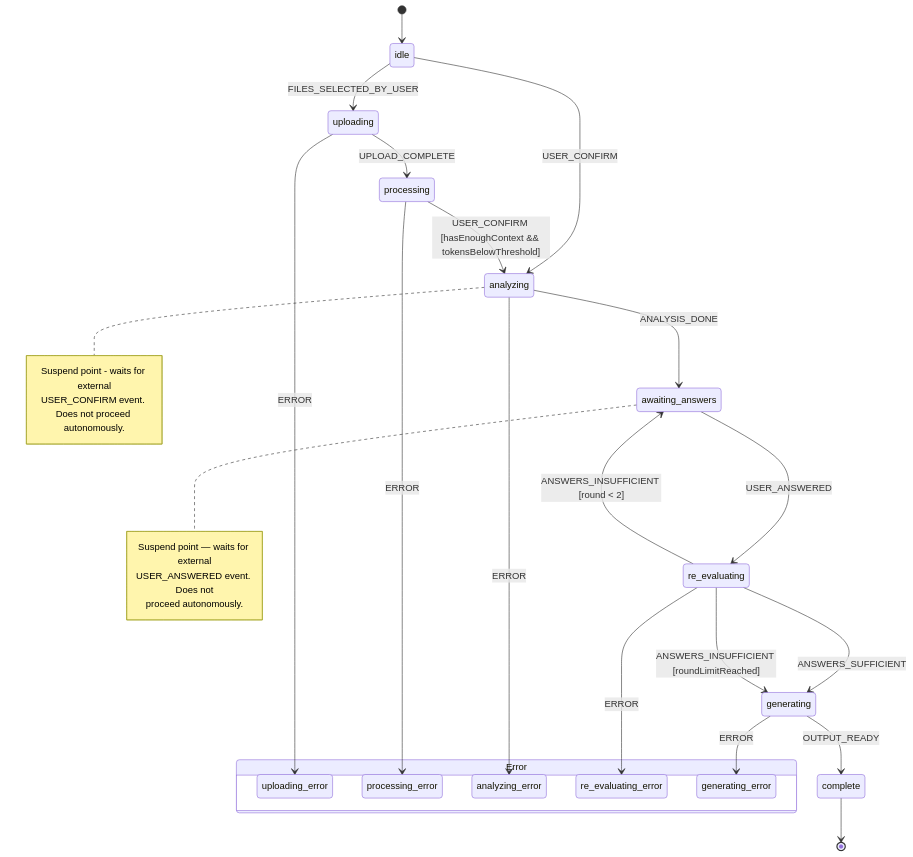
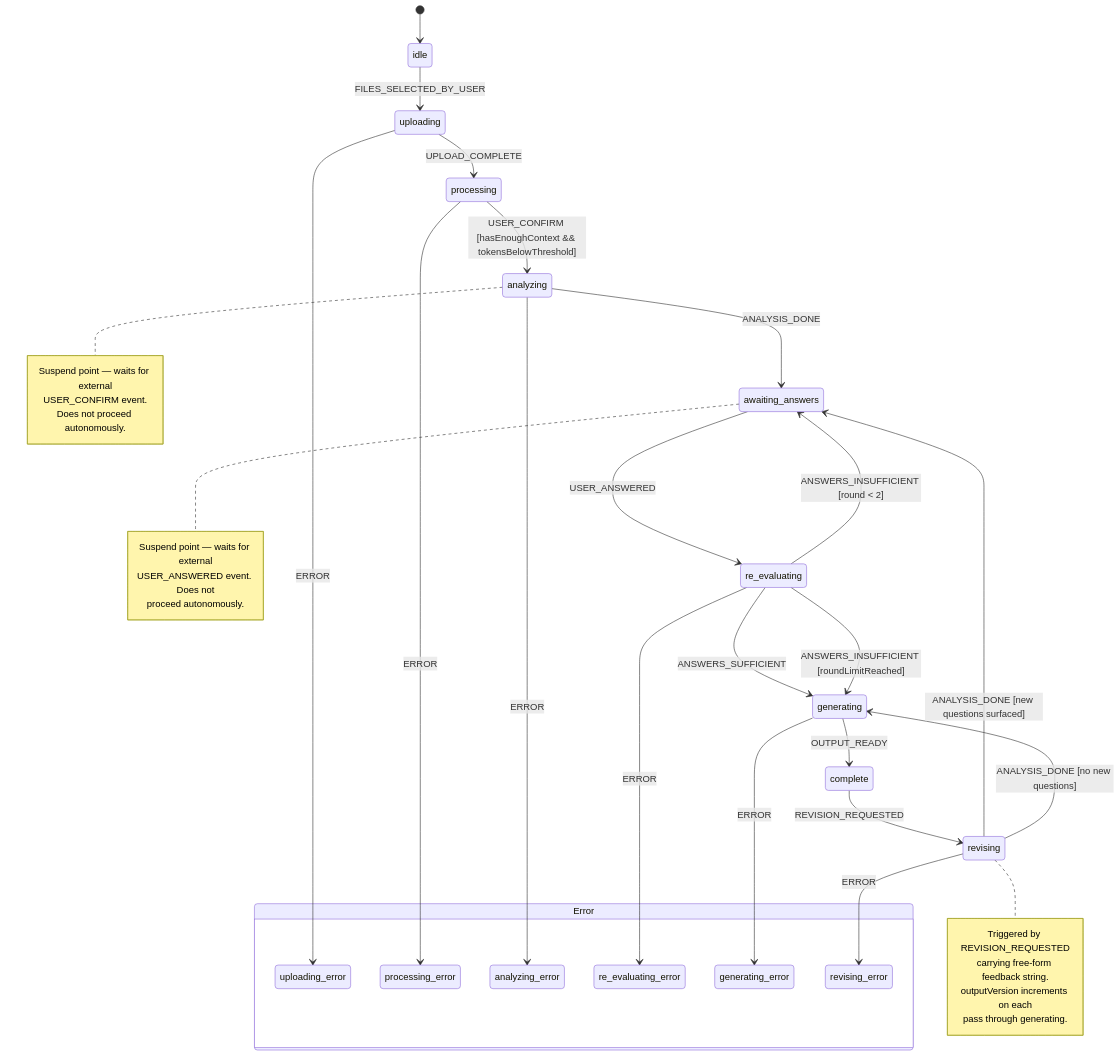
One commit to piotr-m-jurek/shipwright changed the diagram in README.md. Above: the diagram before and after it, drawn with Mermaid. The commit also changed other lines of this file and 4 other files, not shown here.

First line of the commit message:
close phase 1 gate: update state diagram, fix pdf parser, expand corpus to 5 files

````diff
--- a/README.md
+++ b/README.md
@@ -39,40 +35,50 @@
 ```mermaid
 stateDiagram-v2
     [*] --> idle
     idle --> uploading: FILES_SELECTED_BY_USER
-    idle --> analyzing: USER_CONFIRM
     uploading --> processing: UPLOAD_COMPLETE
     uploading --> uploading_error: ERROR
     processing --> analyzing: USER_CONFIRM [hasEnoughContext && tokensBelowThreshold]
     processing --> processing_error: ERROR
     analyzing --> awaiting_answers: ANALYSIS_DONE
     analyzing --> analyzing_error: ERROR
     awaiting_answers --> re_evaluating: USER_ANSWERED
     re_evaluating --> awaiting_answers: ANSWERS_INSUFFICIENT [round < 2]
     re_evaluating --> generating: ANSWERS_SUFFICIENT
     re_evaluating --> generating: ANSWERS_INSUFFICIENT [roundLimitReached]
     re_evaluating --> re_evaluating_error: ERROR
     generating --> complete: OUTPUT_READY
     generating --> generating_error: ERROR
-    complete --> [*]
+    complete --> revising: REVISION_REQUESTED
+    revising --> awaiting_answers: ANALYSIS_DONE [new questions surfaced]
+    revising --> generating: ANALYSIS_DONE [no new questions]
+    revising --> revising_error: ERROR
 
     state Error {
         uploading_error
+        processing_error
         analyzing_error
-        processing_error
         re_evaluating_error
         generating_error
+        revising_error
     }
 
-    note right of analyzing 
-        Suspend point - waits for external
-        USER_CONFIRM event. 
+    note right of analyzing
+        Suspend point — waits for external
+        USER_CONFIRM event.
         Does not proceed autonomously.
     end note
 
     note right of awaiting_answers
         Suspend point — waits for external
         USER_ANSWERED event. Does not
         proceed autonomously.
     end note
+
+    note right of revising
+        Triggered by REVISION_REQUESTED
+        carrying free-form feedback string.
+        outputVersion increments on each
+        pass through generating.
+    end note
 ```
````
